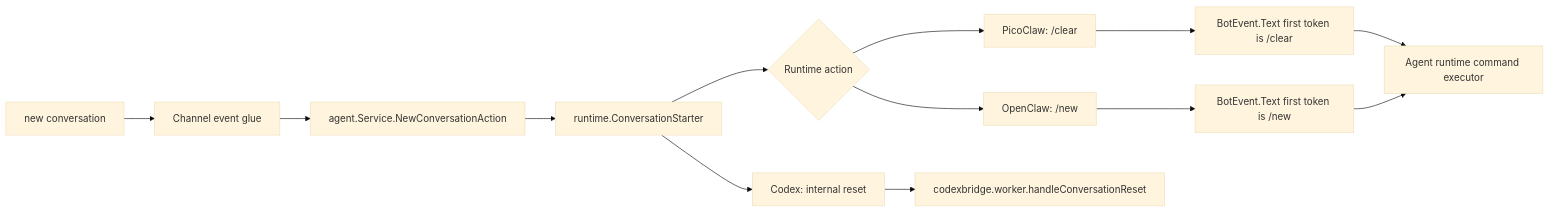
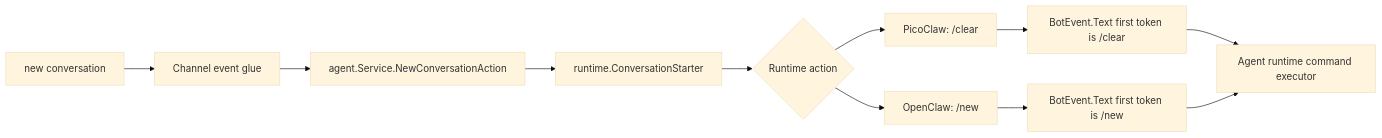
Before and after one commit to GatewayJ/csgclaw: the second of 3 diagrams in docs/im/im-chat-agent-history-cleanup.en.md, drawn with Mermaid (base theme). The commit also changed other lines of this file and 8 other files, not shown here.

````diff
--- a/docs/im/im-chat-agent-history-cleanup.en.md
+++ b/docs/im/im-chat-agent-history-cleanup.en.md
@@ -265,15 +259,13 @@
 ```mermaid
 flowchart LR
   Canonical["new conversation"] --> Glue["Channel event glue"]
   Glue --> AgentSvc["agent.Service.NewConversationAction"]
   AgentSvc --> Capability["runtime.ConversationStarter"]
   Capability --> Native{"Runtime action"}
   Native --> PicoCmd["PicoClaw: /clear"]
   Native --> OpenCmd["OpenClaw: /new"]
-  Capability --> CodexInternal["Codex: internal reset"]
   PicoCmd --> BotEvent["BotEvent.Text first token is /clear"]
   OpenCmd --> OpenBotEvent["BotEvent.Text first token is /new"]
   BotEvent --> Executor["Agent runtime command executor"]
   OpenBotEvent --> Executor
-  CodexInternal --> CodexBridge["codexbridge.worker.handleConversationReset"]
 ```
````
